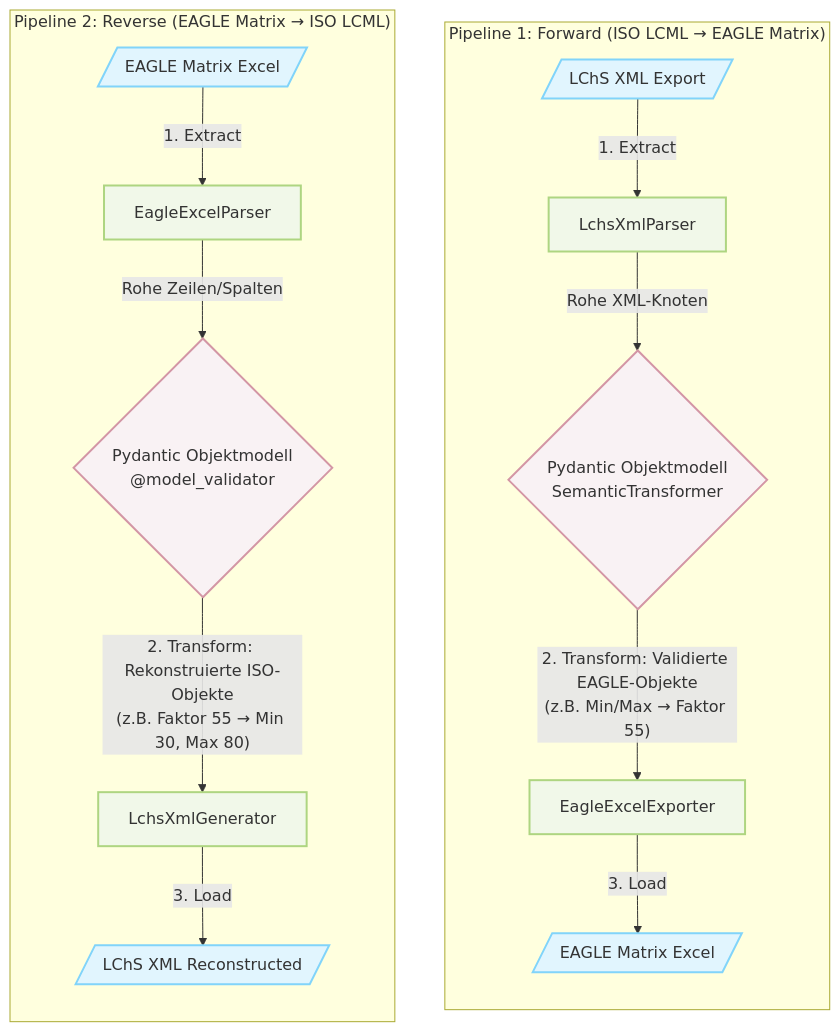
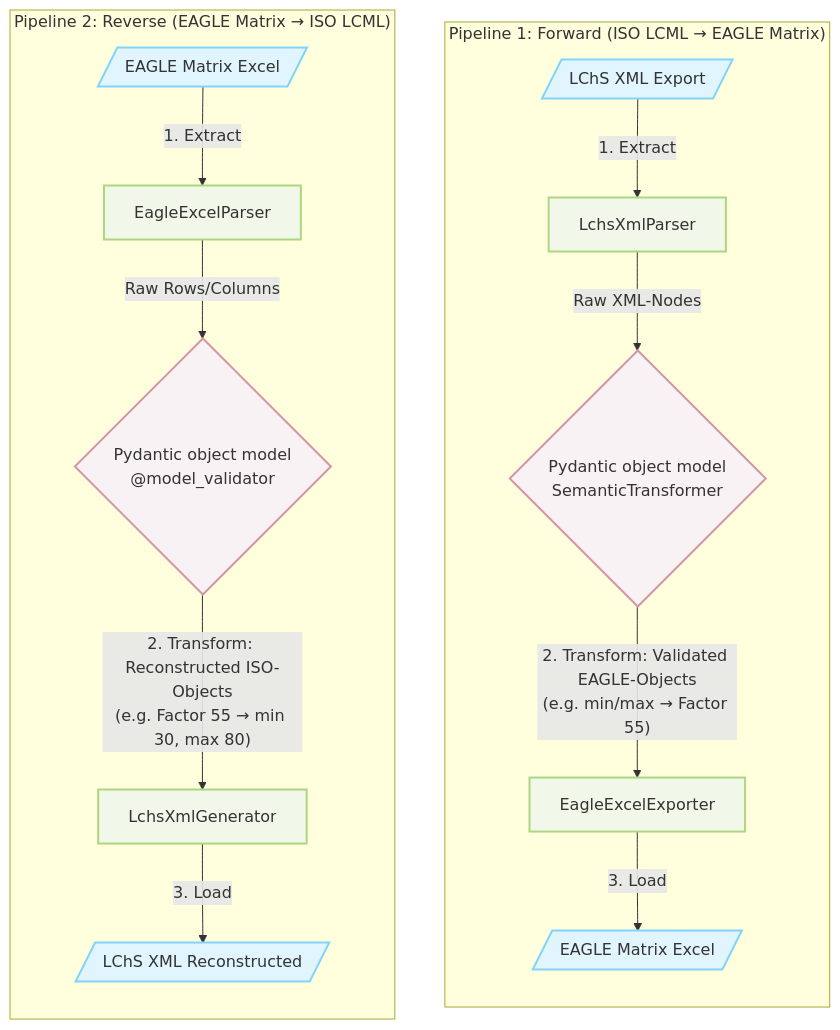
One commit to eea/EAGLE changed the diagram in eagle-iso-mapper/docs/diagrams/bidi-transformation-graph.mmd. Above: the diagram before and after it, drawn with Mermaid. The commit also changed 5 other files, not shown here.

First line of the commit message:
docs(iso-mapper): one diagram per direction, translated to English

```diff
--- a/eagle-iso-mapper/docs/diagrams/bidi-transformation-graph.mmd
+++ b/eagle-iso-mapper/docs/diagrams/bidi-transformation-graph.mmd
@@ -1,21 +1,21 @@
 graph TD
     %% Styling Definitionen
     classDef Pydantic fill:#f9f2f4,stroke:#d396a5,stroke-width:2px;
     classDef InputOutput fill:#e1f5fe,stroke:#81d4fa,stroke-width:2px;
     classDef Process fill:#f1f8e9,stroke:#aed581,stroke-width:2px;
 
     subgraph Forward ["Pipeline 1: Forward (ISO LCML → EAGLE Matrix)"]
         direction TB
         XML_IN[/"LChS XML Export"/]:::InputOutput -->|"1. Extract"| PARSER_XML["LchsXmlParser"]:::Process
-        PARSER_XML -->|"Rohe XML-Knoten"| MODEL_FWD{"Pydantic Objektmodell<br>SemanticTransformer"}:::Pydantic
-        MODEL_FWD -->|"2. Transform: Validierte EAGLE-Objekte<br>(z.B. Min/Max → Faktor 55)"| EXPORT_XLS["EagleExcelExporter"]:::Process
+        PARSER_XML -->|"Raw XML-Nodes"| MODEL_FWD{"Pydantic object model<br>SemanticTransformer"}:::Pydantic
+        MODEL_FWD -->|"2. Transform: Validated EAGLE-Objects<br>(e.g. min/max → Factor 55)"| EXPORT_XLS["EagleExcelExporter"]:::Process
         EXPORT_XLS -->|"3. Load"| XLS_OUT[/"EAGLE Matrix Excel"/]:::InputOutput
     end
 
     subgraph Reverse ["Pipeline 2: Reverse (EAGLE Matrix → ISO LCML)"]
         direction TB
         XLS_IN[/"EAGLE Matrix Excel"/]:::InputOutput -->|"1. Extract"| PARSER_XLS["EagleExcelParser"]:::Process
-        PARSER_XLS -->|"Rohe Zeilen/Spalten"| MODEL_REV{"Pydantic Objektmodell<br>@model_validator"}:::Pydantic
-        MODEL_REV -->|"2. Transform: Rekonstruierte ISO-Objekte<br>(z.B. Faktor 55 → Min 30, Max 80)"| EXPORT_XML["LchsXmlGenerator"]:::Process
+        PARSER_XLS -->|"Raw Rows/Columns"| MODEL_REV{"Pydantic object model<br>@model_validator"}:::Pydantic
+        MODEL_REV -->|"2. Transform: Reconstructed ISO-Objects<br>(e.g. Factor 55 → min 30, max 80)"| EXPORT_XML["LchsXmlGenerator"]:::Process
         EXPORT_XML -->|"3. Load"| XML_OUT[/"LChS XML Reconstructed"/]:::InputOutput
     end
```
